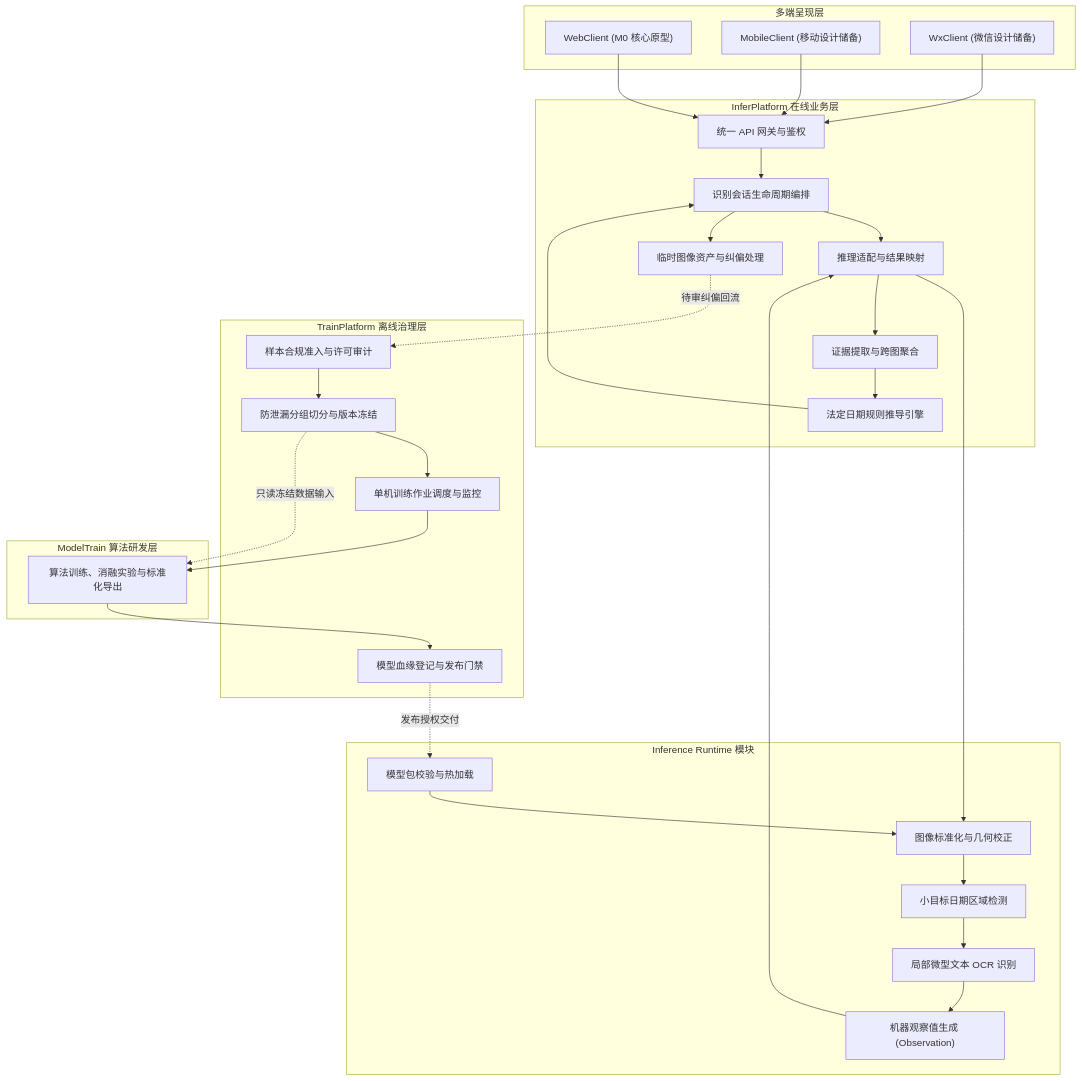
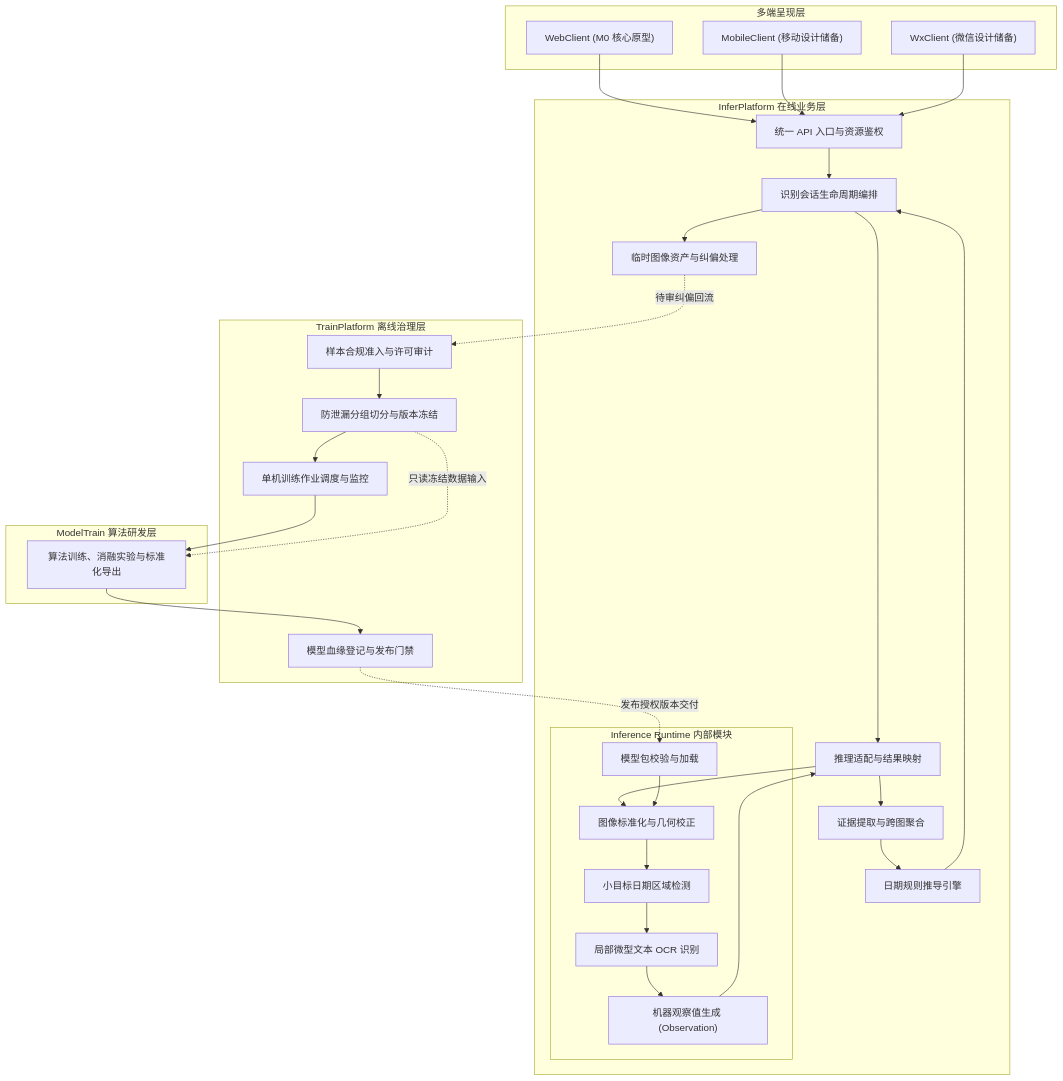
The second of 3 diagrams in 系统架构.md (QingMouFoodDate/ProjectPRD), drawn with Mermaid before and after one commit. The commit also changed other lines of this file and 15 other files, not shown here.

````diff
--- a/系统架构.md
+++ b/系统架构.md
@@ -71,51 +71,51 @@
 ```mermaid
 flowchart TB
     subgraph Clients["多端呈现层"]
         WEB["WebClient (M0 核心原型)"]
         MOBILE["MobileClient (移动设计储备)"]
         WX["WxClient (微信设计储备)"]
     end
 
     subgraph OnlinePlatform["InferPlatform 在线业务层"]
-        API["统一 API 网关与鉴权"]
+        API["统一 API 入口与资源鉴权"]
         SESSION["识别会话生命周期编排"]
         ADAPTER["推理适配与结果映射"]
         EVIDENCE_AGG["证据提取与跨图聚合"]
-        DECISION_ENG["法定日期规则推导引擎"]
+        DECISION_ENG["日期规则推导引擎"]
         ASSET_MGR["临时图像资产与纠偏处理"]
-    end
 
-    subgraph RuntimeEngine["Inference Runtime 模块"]
-        LOADER["模型包校验与热加载"]
-        PRE["图像标准化与几何校正"]
-        DET["小目标日期区域检测"]
-        REC["局部微型文本 OCR 识别"]
-        OBS["机器观察值生成 (Observation)"]
+        subgraph RuntimeEngine["Inference Runtime 内部模块"]
+            LOADER["模型包校验与加载"]
+            PRE["图像标准化与几何校正"]
+            DET["小目标日期区域检测"]
+            REC["局部微型文本 OCR 识别"]
+            OBS["机器观察值生成 (Observation)"]
+        end
     end
 
     subgraph OfflinePlatform["TrainPlatform 离线治理层"]
         SAMPLE_GOV["样本合规准入与许可审计"]
         DATA_FREEZE["防泄漏分组切分与版本冻结"]
         JOB_DISPATCH["单机训练作业调度与监控"]
         RELEASE_GATE["模型血缘登记与发布门禁"]
     end
 
     subgraph ResearchEngine["ModelTrain 算法研发层"]
         ALGO_EXEC["算法训练、消融实验与标准化导出"]
     end
 
     WEB --> API
     MOBILE --> API
     WX --> API
     API --> SESSION
     SESSION --> ADAPTER
     ADAPTER --> PRE --> DET --> REC --> OBS
     OBS --> ADAPTER --> EVIDENCE_AGG --> DECISION_ENG --> SESSION
     SESSION --> ASSET_MGR
     ASSET_MGR -.待审纠偏回流.-> SAMPLE_GOV
     SAMPLE_GOV --> DATA_FREEZE --> JOB_DISPATCH --> ALGO_EXEC
     DATA_FREEZE -.只读冻结数据输入.-> ALGO_EXEC
     ALGO_EXEC --> RELEASE_GATE
-    RELEASE_GATE -.发布授权交付.-> LOADER
+    RELEASE_GATE -.发布授权版本交付.-> LOADER
     LOADER --> PRE
 ```
````
